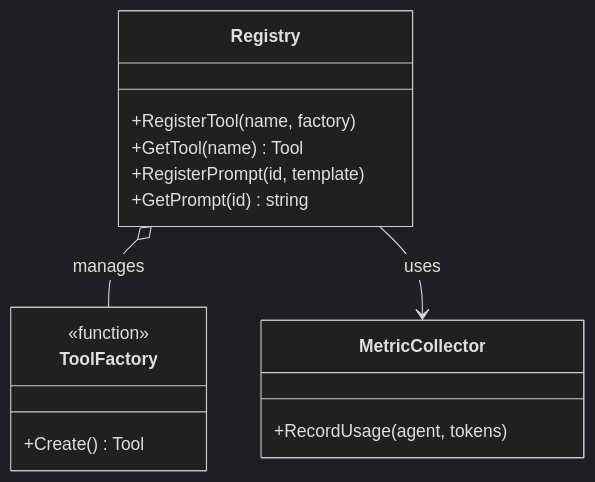
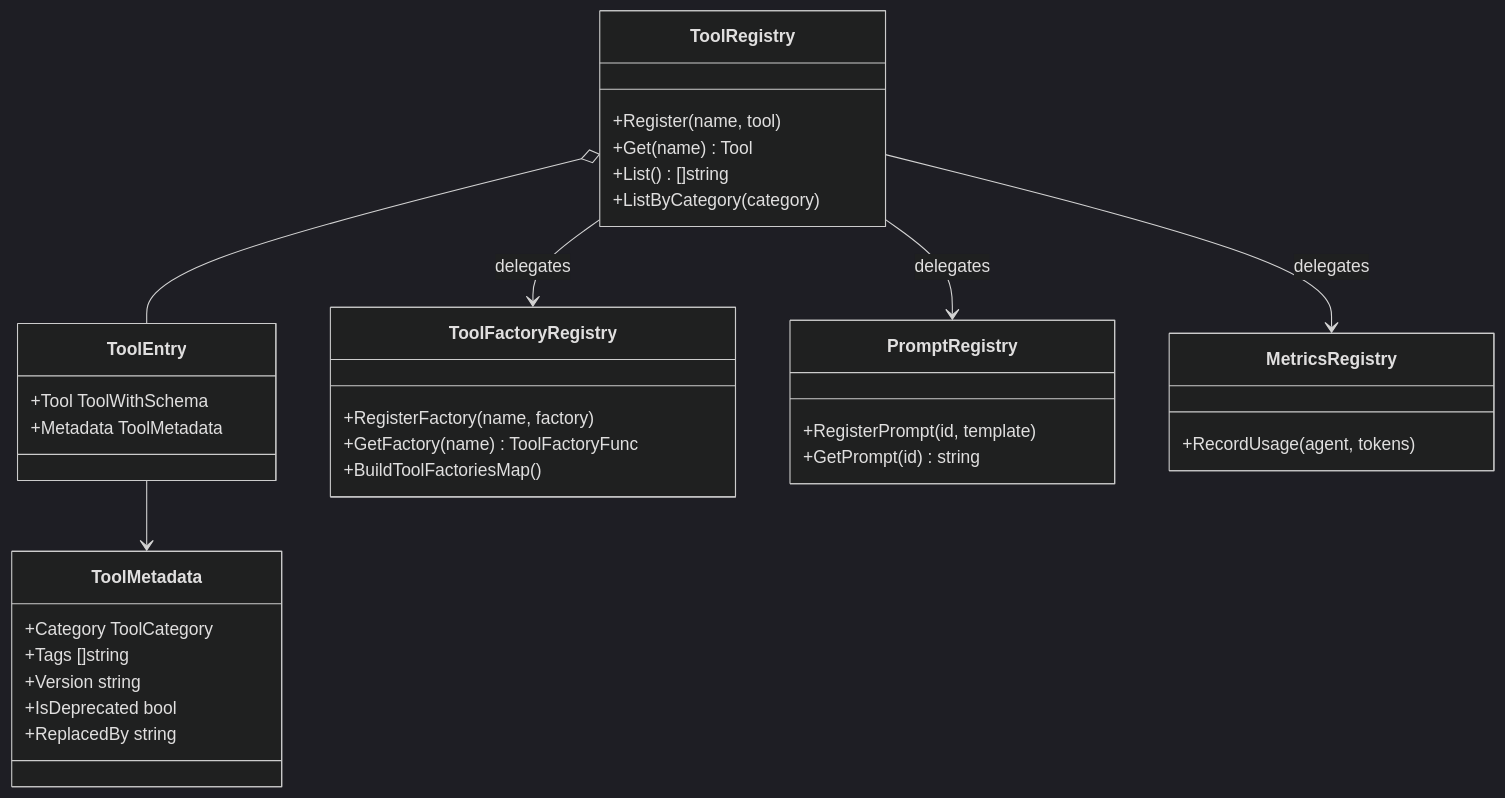
Before and after one commit to 88lin/divinesense: the diagram in ai/agents/registry/README.md, drawn with Mermaid (dark theme). The commit also changed other lines of this file and 27 other files, not shown here.

````diff
--- a/ai/agents/registry/README.md
+++ b/ai/agents/registry/README.md
@@ -7,19 +7,38 @@
 ```mermaid
 classDiagram
-    class Registry {
-        +RegisterTool(name, factory)
-        +GetTool(name) Tool
+    class ToolRegistry {
+        +Register(name, tool)
+        +Get(name) Tool
+        +List() []string
+        +ListByCategory(category)
+    }
+    class ToolEntry {
+        +Tool ToolWithSchema
+        +Metadata ToolMetadata
+    }
+    class ToolMetadata {
+        +Category ToolCategory
+        +Tags []string
+        +Version string
+        +IsDeprecated bool
+        +ReplacedBy string
+    }
+    class ToolFactoryRegistry {
+        +RegisterFactory(name, factory)
+        +GetFactory(name) ToolFactoryFunc
+        +BuildToolFactoriesMap()
+    }
+    class PromptRegistry {
         +RegisterPrompt(id, template)
         +GetPrompt(id) string
     }
-    class ToolFactory {
-        <<function>>
-        +Create() Tool
-    }
-    class MetricCollector {
+    class MetricsRegistry {
         +RecordUsage(agent, tokens)
     }
-    
-    Registry o-- ToolFactory : manages
-    Registry --> MetricCollector : uses
+
+    ToolRegistry o-- ToolEntry
+    ToolEntry --> ToolMetadata
+    ToolRegistry --> ToolFactoryRegistry : delegates
+    ToolRegistry --> PromptRegistry : delegates
+    ToolRegistry --> MetricsRegistry : delegates
 ```
````
